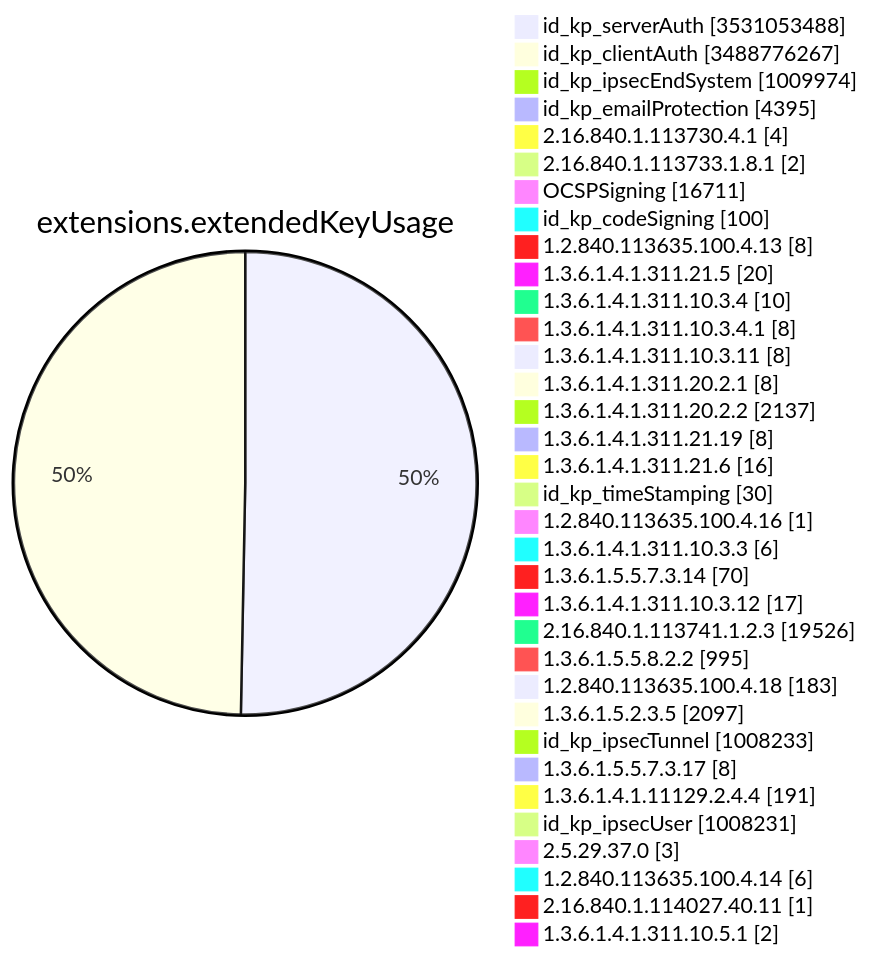
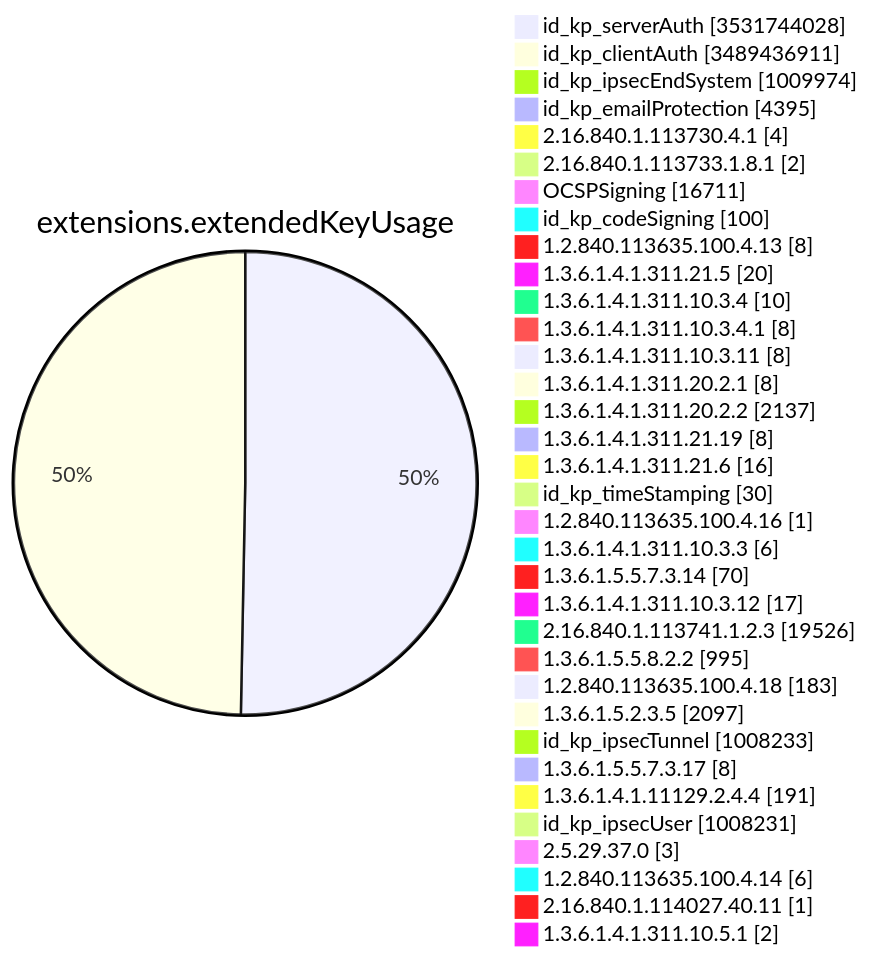
Diagram 11 of 15 in TOTAL/README.md (christiankrug/ctmonitor_visualization), drawn with Mermaid before and after one commit. The commit also changed other lines of this file, not shown here.

````diff
--- a/TOTAL/README.md
+++ b/TOTAL/README.md
@@ -4127,38 +4127,38 @@
 ```mermaid
 pie showData
 title extensions.extendedKeyUsage
-"id_kp_serverAuth" :3531053488
-"id_kp_clientAuth" :3488776267
+"id_kp_serverAuth" :3531744028
+"id_kp_clientAuth" :3489436911
 "id_kp_ipsecEndSystem" :1009974
 "id_kp_emailProtection" :4395
 "2.16.840.1.113730.4.1" :4
 "2.16.840.1.113733.1.8.1" :2
 "OCSPSigning" :16711
 "id_kp_codeSigning" :100
 "1.2.840.113635.100.4.13" :8
 "1.3.6.1.4.1.311.21.5" :20
 "1.3.6.1.4.1.311.10.3.4" :10
 "1.3.6.1.4.1.311.10.3.4.1" :8
 "1.3.6.1.4.1.311.10.3.11" :8
 "1.3.6.1.4.1.311.20.2.1" :8
 "1.3.6.1.4.1.311.20.2.2" :2137
 "1.3.6.1.4.1.311.21.19" :8
 "1.3.6.1.4.1.311.21.6" :16
 "id_kp_timeStamping" :30
 "1.2.840.113635.100.4.16" :1
 "1.3.6.1.4.1.311.10.3.3" :6
 "1.3.6.1.5.5.7.3.14" :70
 "1.3.6.1.4.1.311.10.3.12" :17
 "2.16.840.1.113741.1.2.3" :19526
 "1.3.6.1.5.5.8.2.2" :995
 "1.2.840.113635.100.4.18" :183
 "1.3.6.1.5.2.3.5" :2097
 "id_kp_ipsecTunnel" :1008233
 "1.3.6.1.5.5.7.3.17" :8
 "1.3.6.1.4.1.11129.2.4.4" :191
 "id_kp_ipsecUser" :1008231
 "2.5.29.37.0" :3
 "1.2.840.113635.100.4.14" :6
 "2.16.840.1.114027.40.11" :1
 "1.3.6.1.4.1.311.10.5.1" :2
 ```
````
